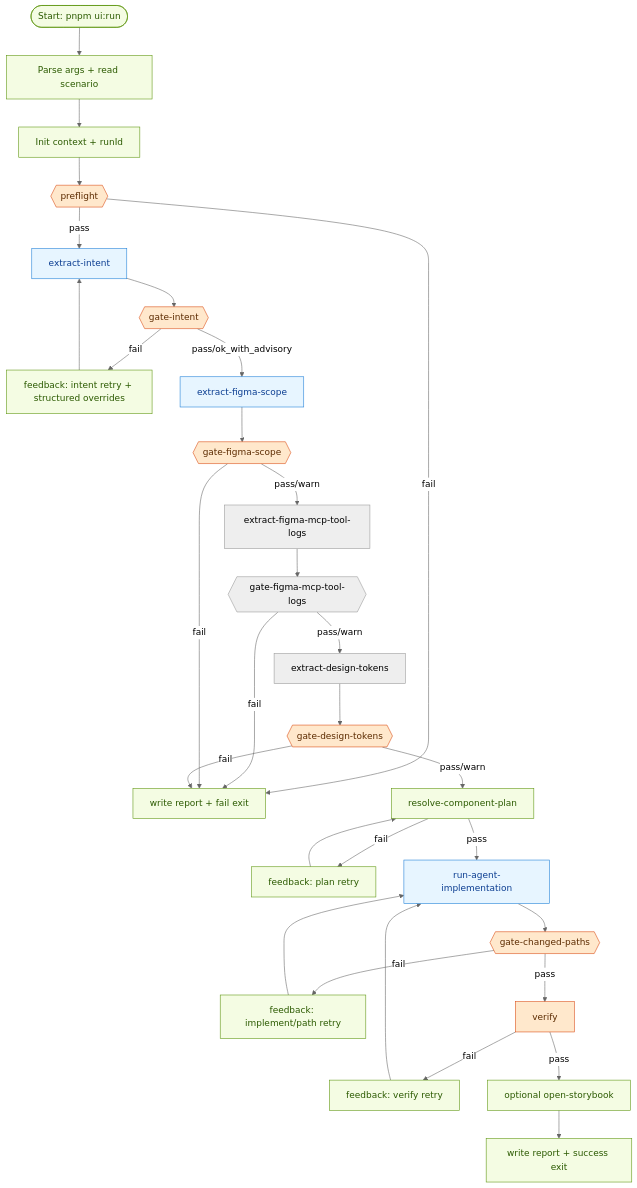
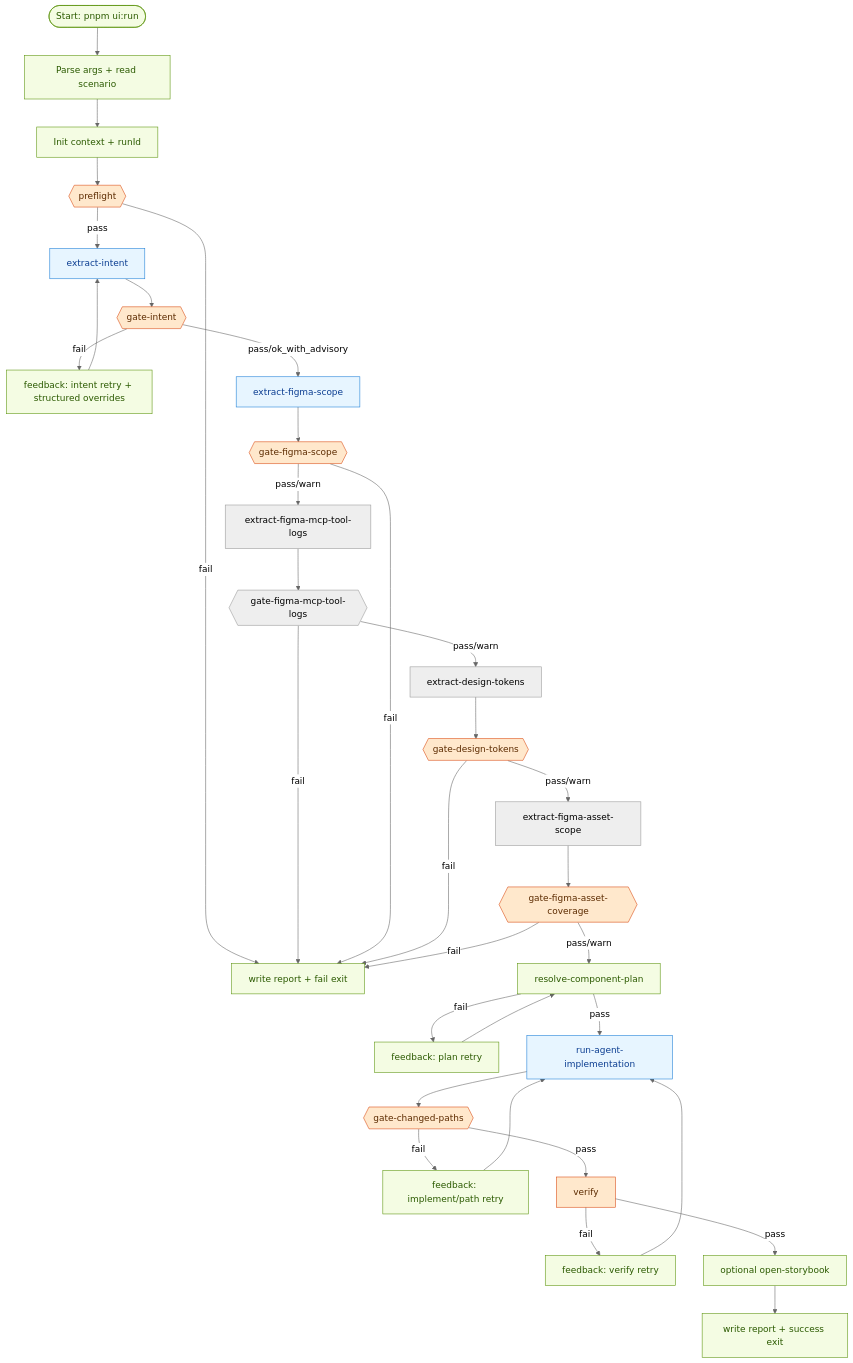
Before and after one commit to TEAM-HOUME/HOUME-CLIENT: the first of 4 diagrams in orchestration/ui-components/README.md, drawn with Mermaid (neutral theme). The commit also changed other lines of this file and 7 other files, not shown here.

````diff
--- a/orchestration/ui-components/README.md
+++ b/orchestration/ui-components/README.md
@@ -86,45 +92,48 @@
 ```mermaid
 flowchart TD
   A([Start: pnpm ui:run]) --> B[Parse args + read scenario]
   B --> C[Init context + runId]
   C --> D{{preflight}}
 
   D -- fail --> Z1[write report + fail exit]
   D -- pass --> DI[extract-intent]
   DI --> DG{{gate-intent}}
   DG -- fail --> DR[feedback: intent retry + structured overrides]
   DR --> DI
   DG -- pass/ok_with_advisory --> E[extract-figma-scope]
 
   E --> F{{gate-figma-scope}}
   F -- pass/warn --> G0[extract-figma-mcp-tool-logs]
   G0 --> G1{{gate-figma-mcp-tool-logs}}
   G1 -- pass/warn --> G[extract-design-tokens]
   G1 -- fail --> Z1
   F -- fail --> Z1
 
   G --> H{{gate-design-tokens}}
   H -- fail --> Z1
-  H -- pass/warn --> I[resolve-component-plan]
+  H -- pass/warn --> HA[extract-figma-asset-scope]
+  HA --> HB{{gate-figma-asset-coverage}}
+  HB -- fail --> Z1
+  HB -- pass/warn --> I[resolve-component-plan]
 
   I -- fail --> IR[feedback: plan retry]
   IR --> I
   I -- pass --> K[run-agent-implementation]
 
   K --> L{{gate-changed-paths}}
   L -- fail --> KR[feedback: implement/path retry]
   KR --> K
   L -- pass --> O[verify]
 
   O -- fail --> VR[feedback: verify retry]
   VR --> K
   O -- pass --> P[optional open-storybook]
   P --> Q[write report + success exit]
 
   classDef gate fill:#ffe8cc,stroke:#d9480f,color:#5c2b00;
   classDef agent fill:#e7f5ff,stroke:#1c7ed6,color:#0b3d91;
   classDef local fill:#f4fce3,stroke:#5c940d,color:#2b5a00;
-  class D,DG,F,H,L,O gate;
+  class D,DG,F,H,HB,L,O gate;
   class DI,E,K agent;
   class A,B,C,P,Q,Z1,I,DR,IR,KR,VR local;
 ```
````
